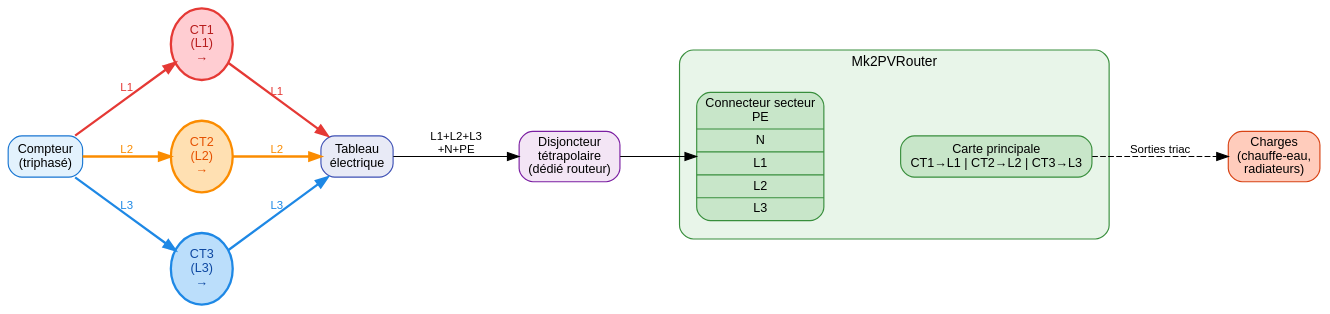
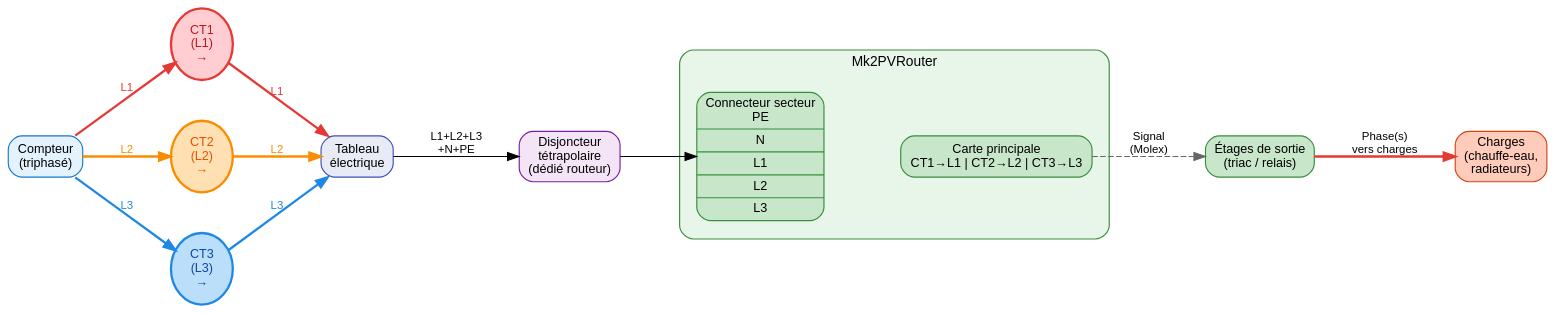
Before and after one commit to FredM67/Mk2PVRouter: the second of 2 diagrams in content/installation-finale.rst, drawn with Graphviz. The commit also changed other lines of this file, not shown here.

```diff
--- a/content/installation-finale.rst
+++ b/content/installation-finale.rst
@@ -215,53 +216,56 @@
 .. graphviz::
    :caption: Emplacement des CT — Installation triphasée
    :align: center
    :alt: Schéma d'installation des capteurs de courant en triphasé
 
    digraph ct_tri {
        rankdir=LR;
        node [shape=box, style="rounded,filled", fontname="Arial", fontsize=11];
        edge [fontname="Arial", fontsize=10];
        nodesep=0.5;
        ranksep=0.9;
        bgcolor=transparent;
 
        compteur [label="Compteur\n(triphasé)", fillcolor="#E3F2FD", color="#1976D2"];
 
        ct1 [label="CT1\n(L1)\n→", shape=ellipse, fillcolor="#FFCDD2", color="#E53935", fontcolor="#B71C1C", penwidth=2];
        ct2 [label="CT2\n(L2)\n→", shape=ellipse, fillcolor="#FFE0B2", color="#FB8C00", fontcolor="#E65100", penwidth=2];
        ct3 [label="CT3\n(L3)\n→", shape=ellipse, fillcolor="#BBDEFB", color="#1E88E5", fontcolor="#0D47A1", penwidth=2];
 
        tableau [label="Tableau\nélectrique", fillcolor="#E8EAF6", color="#3F51B5"];
 
        disj [label="Disjoncteur\ntétrapolaire\n(dédié routeur)", fillcolor="#F3E5F5", color="#7B1FA2"];
 
        subgraph cluster_router {
            label="Mk2PVRouter";
            style="filled,rounded";
            fillcolor="#E8F5E9";
            color="#388E3C";
            fontname="Arial";
            fontsize=12;
            labelloc="t";
            margin=15;
 
            conn [label="Connecteur secteur\nPE | N | L1 | L2 | L3", fillcolor="#C8E6C9", color="#388E3C", shape=record];
            routeur [label="Carte principale\nCT1→L1 | CT2→L2 | CT3→L3", fillcolor="#C8E6C9", color="#388E3C"];
        }
 
        charges [label="Charges\n(chauffe-eau,\nradiateurs)", fillcolor="#FFCCBC", color="#D84315"];
 
        compteur -> ct1 [label="L1", color="#E53935", fontcolor="#E53935", penwidth=2];
        ct1 -> tableau [label="L1", color="#E53935", fontcolor="#E53935", penwidth=2];
 
        compteur -> ct2 [label="L2", color="#FB8C00", fontcolor="#FB8C00", penwidth=2];
        ct2 -> tableau [label="L2", color="#FB8C00", fontcolor="#FB8C00", penwidth=2];
 
        compteur -> ct3 [label="L3", color="#1E88E5", fontcolor="#1E88E5", penwidth=2];
        ct3 -> tableau [label="L3", color="#1E88E5", fontcolor="#1E88E5", penwidth=2];
 
        tableau -> disj [label="L1+L2+L3\n+N+PE"];
        disj -> conn;
        conn -> routeur [style=invis];
-       routeur -> charges [label="Sorties triac", style=dashed];
+
+       etages [label="Étages de sortie\n(triac / relais)", fillcolor="#C8E6C9", color="#388E3C"];
+       routeur -> etages [label="Signal\n(Molex)", style=dashed, color="#666666"];
+       etages -> charges [label="Phase(s)\nvers charges", color="#E53935", penwidth=2];
    }
```
